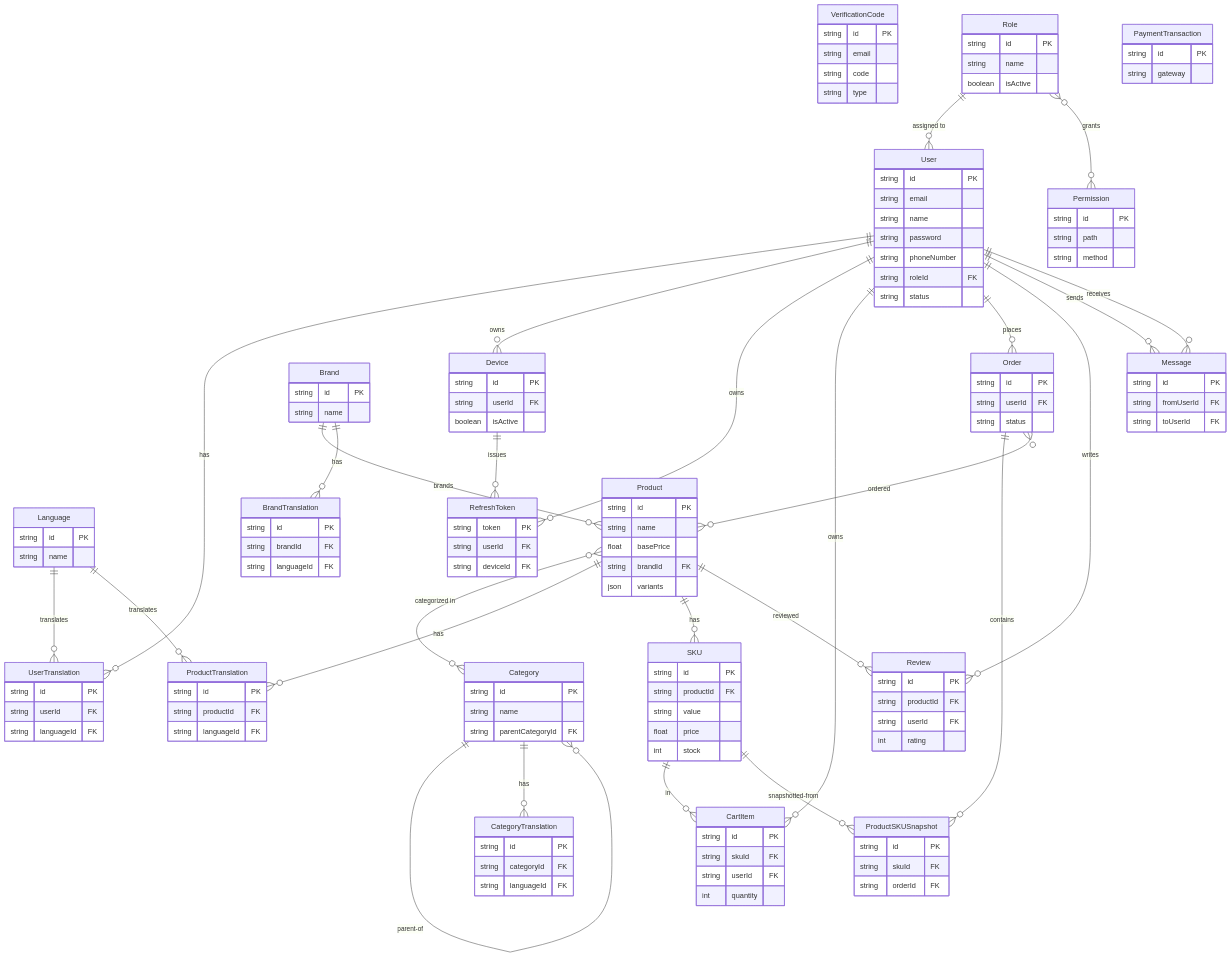
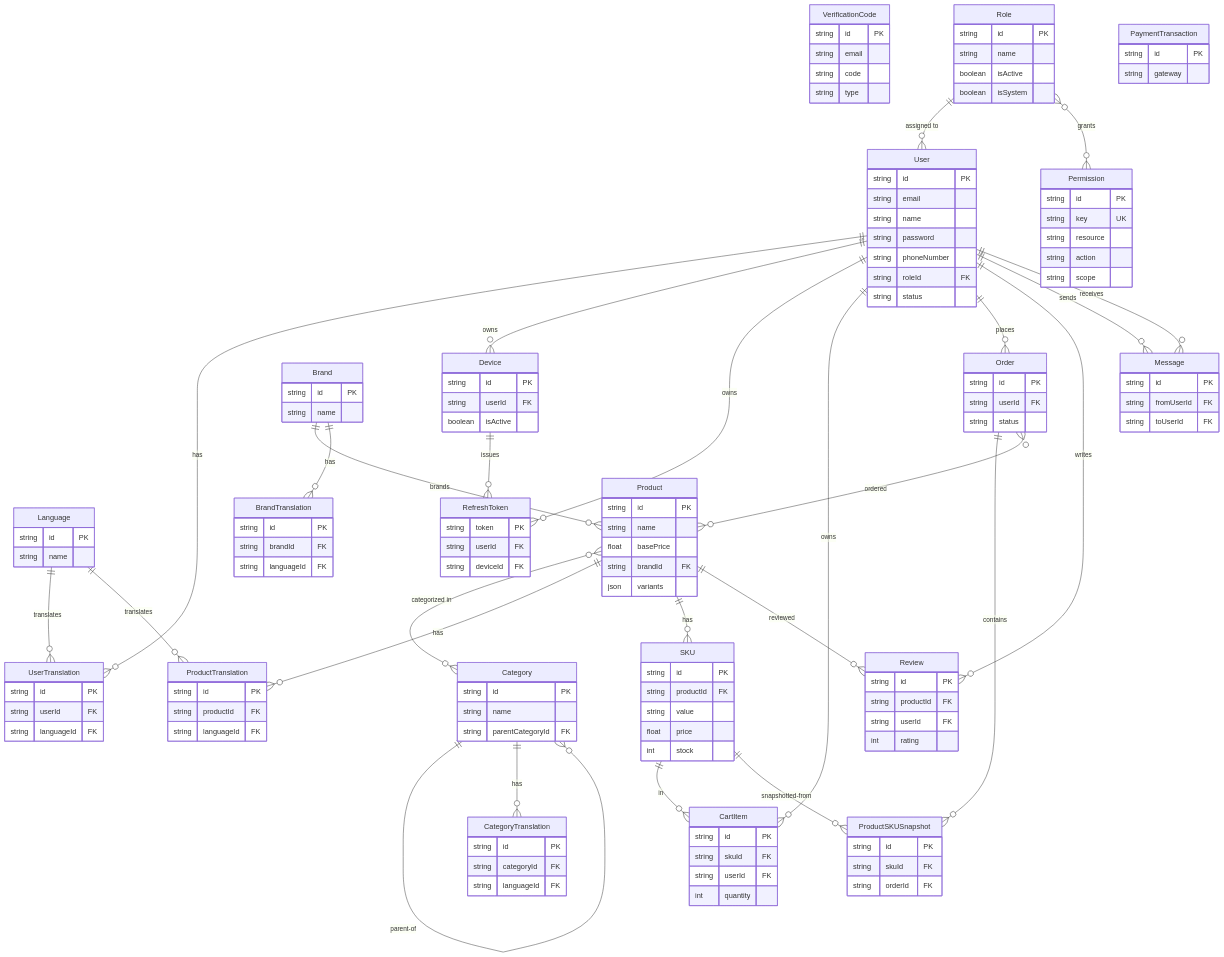
One commit to dangxuanthangqt/ecom changed the diagram in docs/generated/entities.md. Above: the diagram before and after it, drawn with Mermaid. The commit also changed other lines of this file and 11 other files, not shown here.

```diff
--- a/docs/generated/entities.md
+++ b/docs/generated/entities.md
@@ -51,13 +51,16 @@
     }
     Permission {
         string id PK
-        string path
-        string method
+        string key UK
+        string resource
+        string action
+        string scope
     }
     Role {
         string id PK
         string name
         boolean isActive
+        boolean isSystem
     }
     Product {
         string id PK
```
